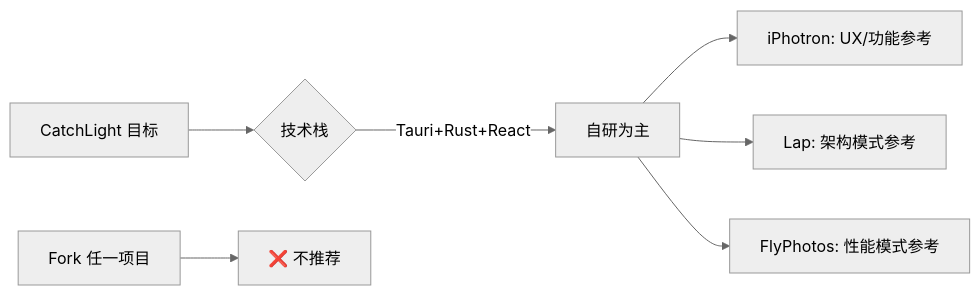
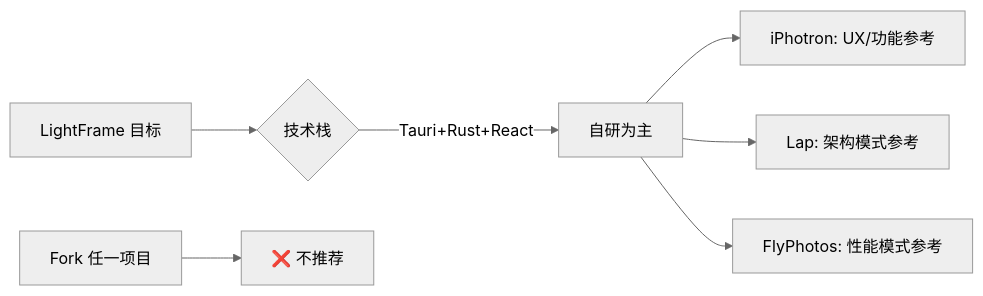
One commit to halft0n/LightFrame changed the first of 5 diagrams in docs/5-development-plan.md. Above: the diagram before and after it, drawn with Mermaid (neutral theme). The commit also changed other lines of this file and 10 other files, not shown here.

First line of the commit message:
chore: complete CatchLight → LightFrame rebrand in all docs and paths

````diff
--- a/docs/5-development-plan.md
+++ b/docs/5-development-plan.md
@@ -82,9 +82,9 @@
 ```mermaid
 flowchart LR
-    A[CatchLight 目标] --> B{技术栈}
+    A[LightFrame 目标] --> B{技术栈}
     B -->|Tauri+Rust+React| C[自研为主]
     C --> D[iPhotron: UX/功能参考]
     C --> E[Lap: 架构模式参考]
     C --> F[FlyPhotos: 性能模式参考]
     G[Fork 任一项目] --> H[❌ 不推荐]
 ```
````
